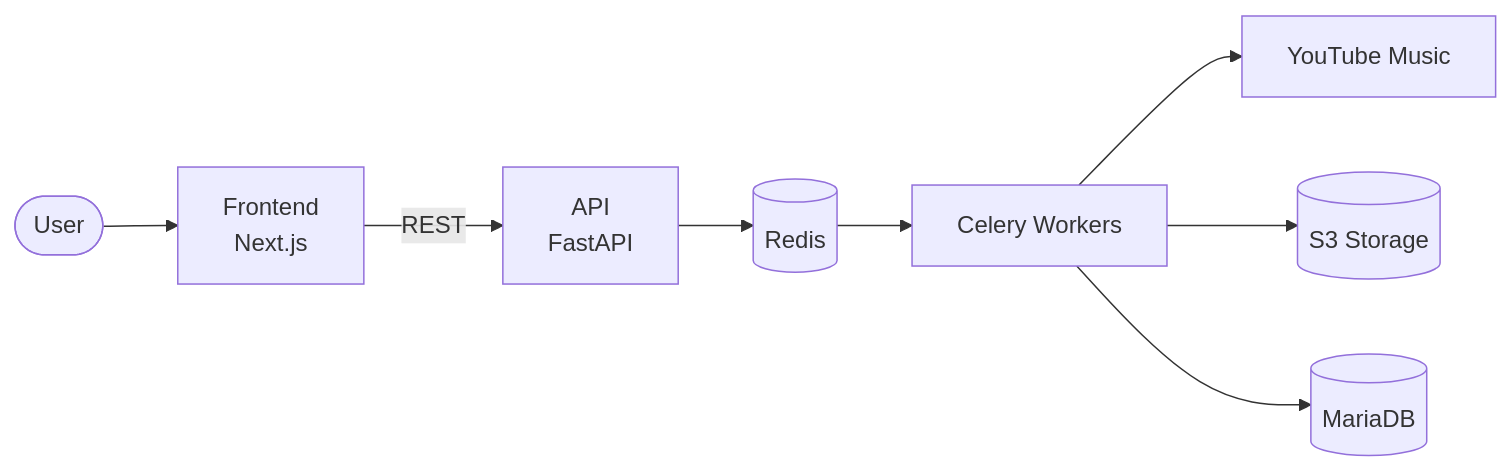
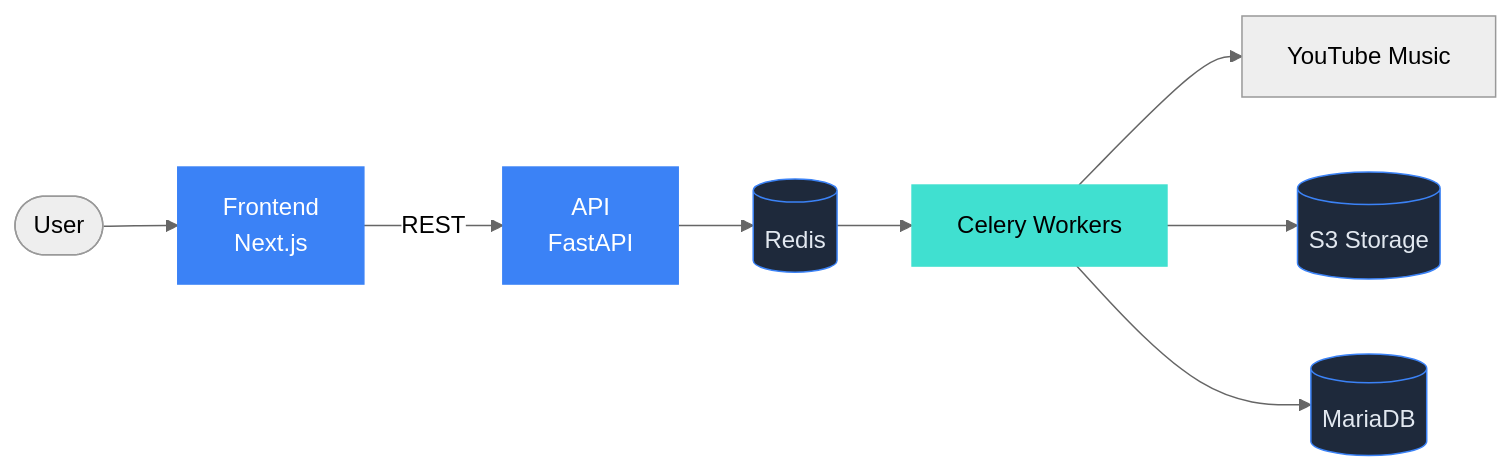
The diagram in docs/index.md (Tomifarmer/zimmporter-stack-doc), drawn with Mermaid before and after one commit. The commit also changed 1 other file, not shown here.

Commit message:
Update color scheme

````diff
--- a/docs/index.md
+++ b/docs/index.md
@@ -15,10 +15,19 @@
 ```mermaid
+%%{init: {'theme': 'neutral', 'themeVariables': {'background': '#ffffff'}}}%%
 graph LR
+  classDef primary fill:#3b82f6,stroke:#3b82f6,color:#fff
+  classDef accent fill:#40e0d0,stroke:#40e0d0,color:#000
+  classDef storage fill:#1e293b,stroke:#3b82f6,color:#e2e8f0
+
   U([User]) --> F[Frontend<br/>Next.js]
   F -->|REST| A[API<br/>FastAPI]
   A --> Q[(Redis)]
   Q --> W[Celery Workers]
   W --> YT[YouTube Music]
   W --> S3[(S3 Storage)]
   W --> DB[(MariaDB)]
+
+  class F,A primary
+  class W accent
+  class Q,S3,DB storage
 ```
````
